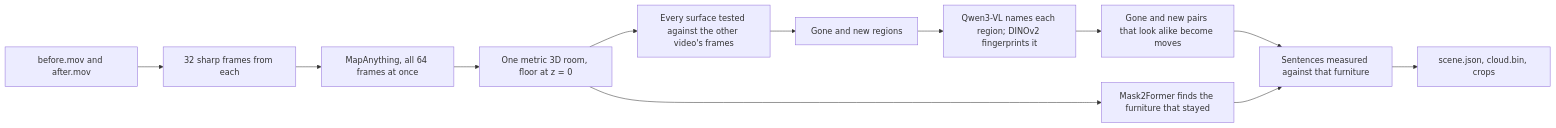
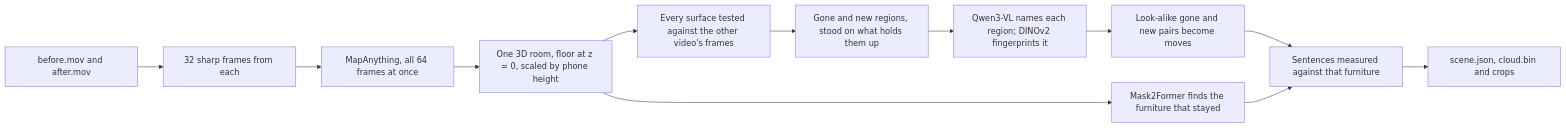
Before and after one commit to Imhaohao/standardphysics: the diagram in packages/changes/README.md, drawn with Mermaid. The commit also changed other lines of this file and 84 other files, not shown here.

First line of the commit message:
Test room-change detection on held-out, no-change, blind-spot and real footage

````diff
--- a/packages/changes/README.md
+++ b/packages/changes/README.md
@@ -66,14 +84,14 @@
 ```mermaid
 flowchart LR
   videos["before.mov and after.mov"] --> frames["32 sharp frames from each"]
   frames --> recon["MapAnything, all 64 frames at once"]
-  recon --> room["One metric 3D room, floor at z = 0"]
+  recon --> room["One 3D room, floor at z = 0, scaled by phone height"]
   room --> test["Every surface tested against the other video's frames"]
-  test --> regions["Gone and new regions"]
+  test --> regions["Gone and new regions, stood on what holds them up"]
   regions --> names["Qwen3-VL names each region; DINOv2 fingerprints it"]
-  names --> pairs["Gone and new pairs that look alike become moves"]
+  names --> pairs["Look-alike gone and new pairs become moves"]
   room --> furniture["Mask2Former finds the furniture that stayed"]
   pairs --> words["Sentences measured against that furniture"]
   furniture --> words
-  words --> out["scene.json, cloud.bin, crops"]
+  words --> out["scene.json, cloud.bin and crops"]
 ```
````
